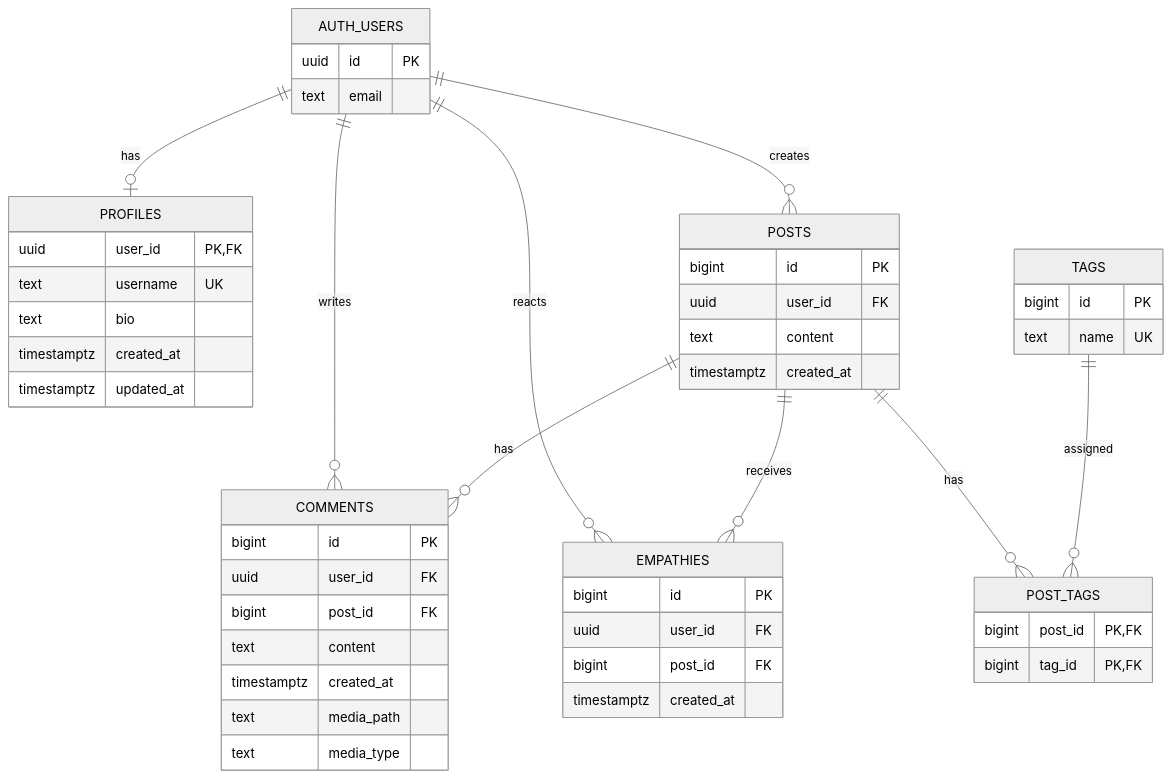
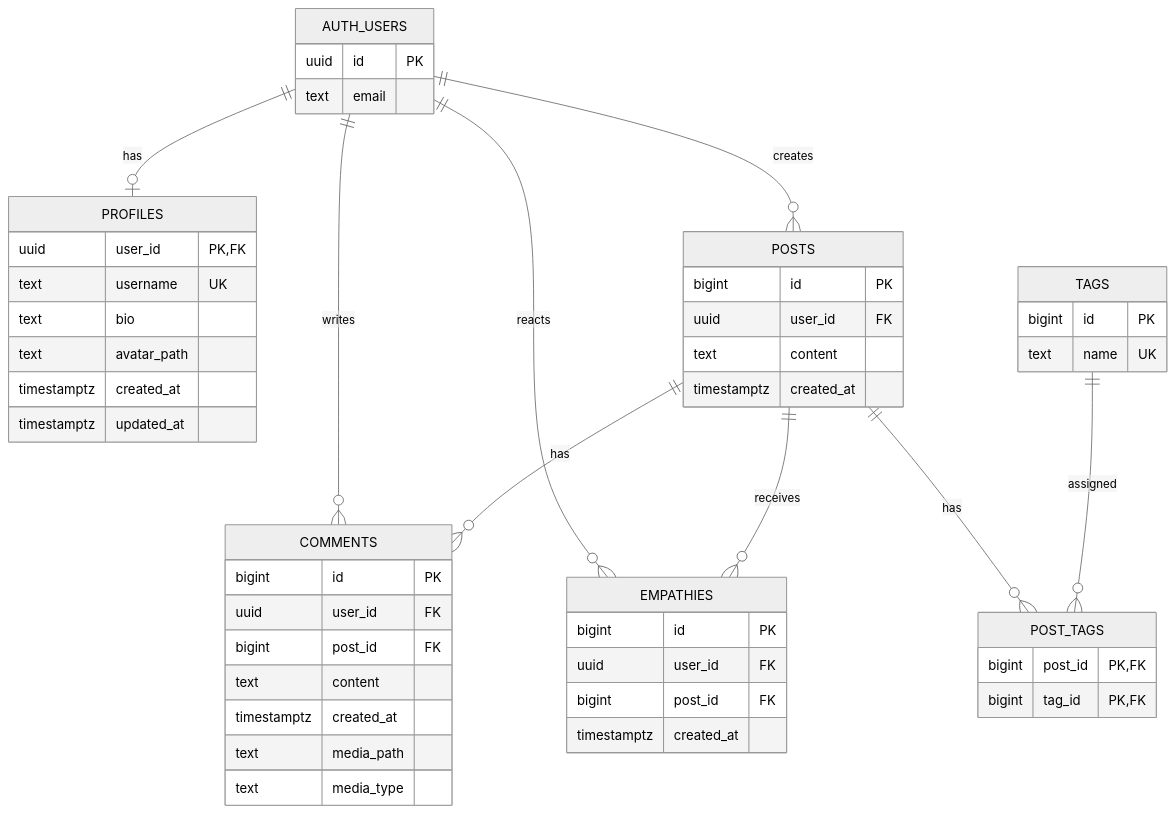
One commit to CoreEaseCompany/Echo changed the diagram in DATABASE.md. Above: the diagram before and after it, drawn with Mermaid (neutral theme). The commit also changed other lines of this file and 9 other files, not shown here.

````diff
--- a/DATABASE.md
+++ b/DATABASE.md
@@ -535,60 +599,61 @@
 ```mermaid
 erDiagram
     AUTH_USERS ||--o| PROFILES : has
     AUTH_USERS ||--o{ POSTS : creates
     AUTH_USERS ||--o{ COMMENTS : writes
     AUTH_USERS ||--o{ EMPATHIES : reacts
 
     POSTS ||--o{ COMMENTS : has
     POSTS ||--o{ EMPATHIES : receives
     POSTS ||--o{ POST_TAGS : has
 
     TAGS ||--o{ POST_TAGS : assigned
 
     AUTH_USERS {
         uuid id PK
         text email
     }
 
     PROFILES {
         uuid user_id PK,FK
         text username UK
         text bio
+        text avatar_path
         timestamptz created_at
         timestamptz updated_at
     }
 
     POSTS {
         bigint id PK
         uuid user_id FK
         text content
         timestamptz created_at
     }
 
     COMMENTS {
         bigint id PK
         uuid user_id FK
         bigint post_id FK
         text content
         timestamptz created_at
         text media_path
         text media_type
     }
 
     EMPATHIES {
         bigint id PK
         uuid user_id FK
         bigint post_id FK
         timestamptz created_at
     }
 
     TAGS {
         bigint id PK
         text name UK
     }
 
     POST_TAGS {
         bigint post_id PK,FK
         bigint tag_id PK,FK
     }
 ```
````
